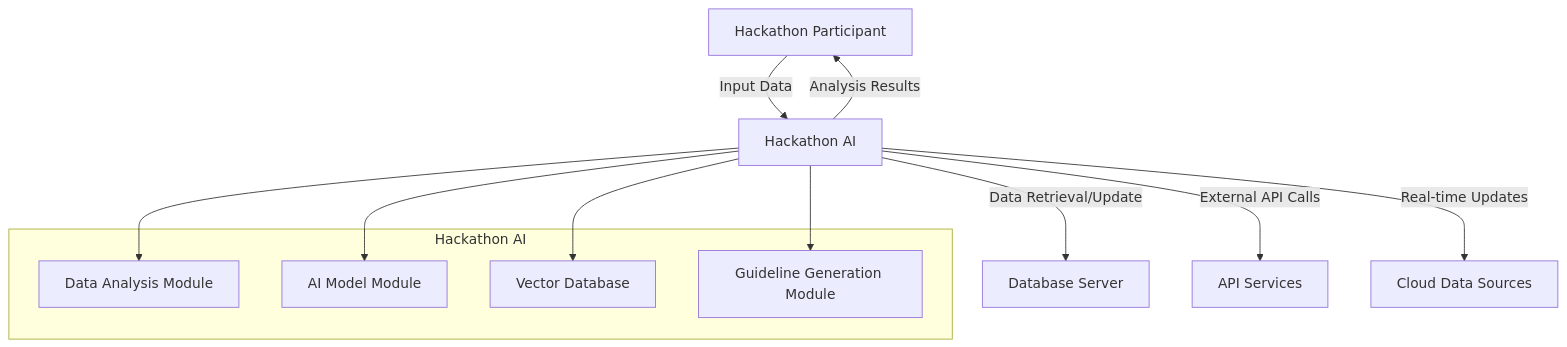
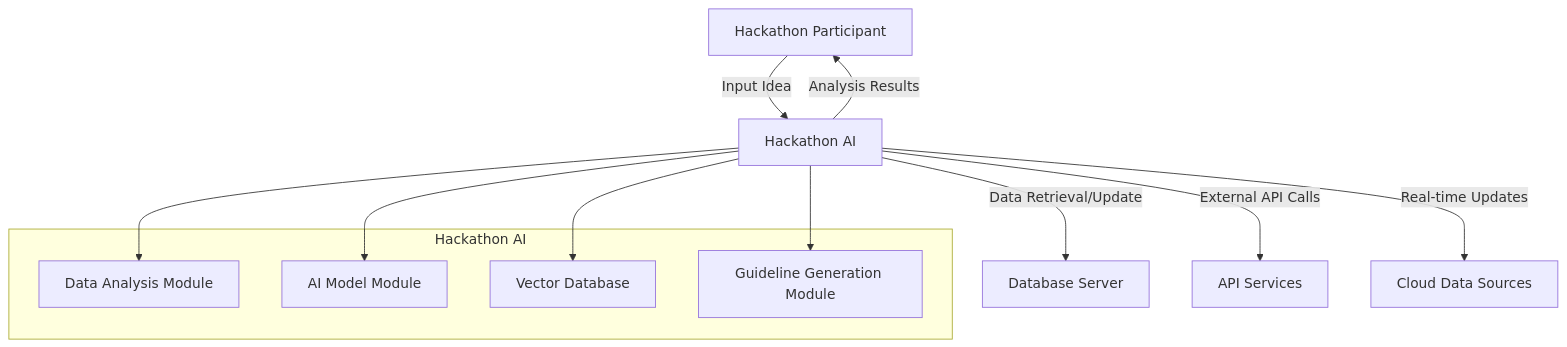
Before and after one commit to susumutomita/Hackathon-AI: the diagram in README.md, drawn with Mermaid. The commit also changed other lines of this file and 6 other files, not shown here.

````diff
--- a/README.md
+++ b/README.md
@@ -27,20 +28,20 @@
 ```mermaid
 graph TB
-    A[Hackathon Participant] --> |Input Data| B[Hackathon AI]
+    A[Hackathon Participant] --> |Input Idea| B[Hackathon AI]
     B --> |Analysis Results| A
     B --> |Data Retrieval/Update| C[Database Server]
     B --> |External API Calls| D[API Services]
     B --> |Real-time Updates| E[Cloud Data Sources]
 
     subgraph Hackathon AI
         B1[Data Analysis Module]
         B2[AI Model Module]
         B3[Vector Database]
         B4[Guideline Generation Module]
     end
 
     B --> B1
     B --> B2
     B --> B3
     B --> B4
 ```
````
